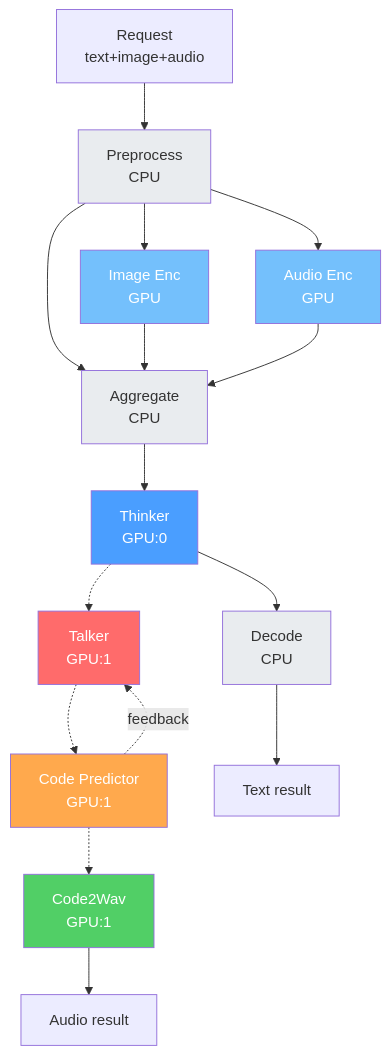
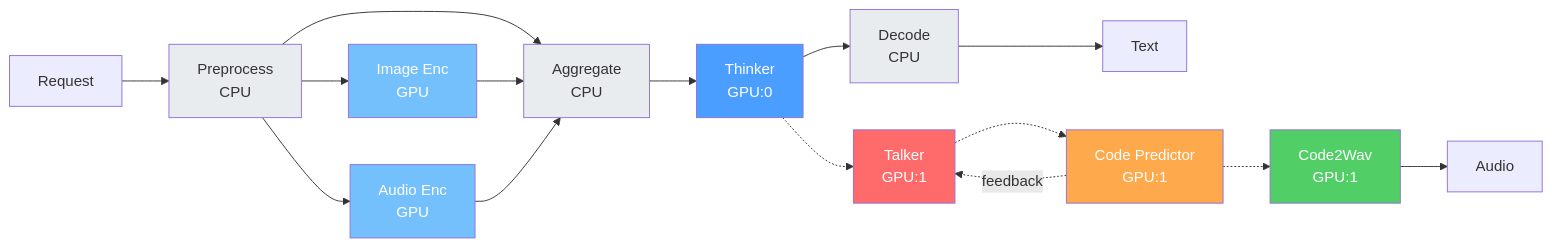
The eighth of 33 diagrams in sglang/sglang-omni/README.md (zhaochenyang20/Awesome-ML-SYS-Tutorial), drawn with Mermaid before and after one commit.

Commit message:
style: convert Qwen3 DAG diagram from TB to LR

````diff
--- a/sglang/sglang-omni/README.md
+++ b/sglang/sglang-omni/README.md
@@ -235,27 +235,20 @@
 ```mermaid
-graph TB
-    A["Request<br/>text+image+audio"] --> Pre["Preprocess<br/>CPU"]
-    Pre --> IE["Image Enc<br/>GPU"]
-    Pre --> AE["Audio Enc<br/>GPU"]
-    Pre --> Agg["Aggregate<br/>CPU"]
-    IE --> Agg
-    AE --> Agg
+graph LR
+    A["Request"] --> Pre["Preprocess<br/>CPU"]
+    Pre --> IE["Image Enc<br/>GPU"] & AE["Audio Enc<br/>GPU"]
+    Pre & IE & AE --> Agg["Aggregate<br/>CPU"]
     Agg --> Th["Thinker<br/>GPU:0"]
-    Th --> Dec["Decode<br/>CPU"]
-    Th -.-> Tk["Talker<br/>GPU:1"]
-    Tk -.-> CP["Code Predictor<br/>GPU:1"]
-    CP -.-> CW["Code2Wav<br/>GPU:1"]
+    Th --> Dec["Decode<br/>CPU"] --> R1["Text"]
+    Th -.-> Tk["Talker<br/>GPU:1"] -.-> CP["Code Predictor<br/>GPU:1"] -.-> CW["Code2Wav<br/>GPU:1"] --> R2["Audio"]
     CP -.-> |feedback| Tk
-    Dec --> R1["Text result"]
-    CW --> R2["Audio result"]
 
     style Pre fill:#e9ecef,color:#333
     style IE fill:#74c0fc,color:#fff
     style AE fill:#74c0fc,color:#fff
     style Agg fill:#e9ecef,color:#333
     style Th fill:#4a9eff,color:#fff
     style Dec fill:#e9ecef,color:#333
     style Tk fill:#ff6b6b,color:#fff
     style CP fill:#ffa94d,color:#fff
     style CW fill:#51cf66,color:#fff
 ```
````
